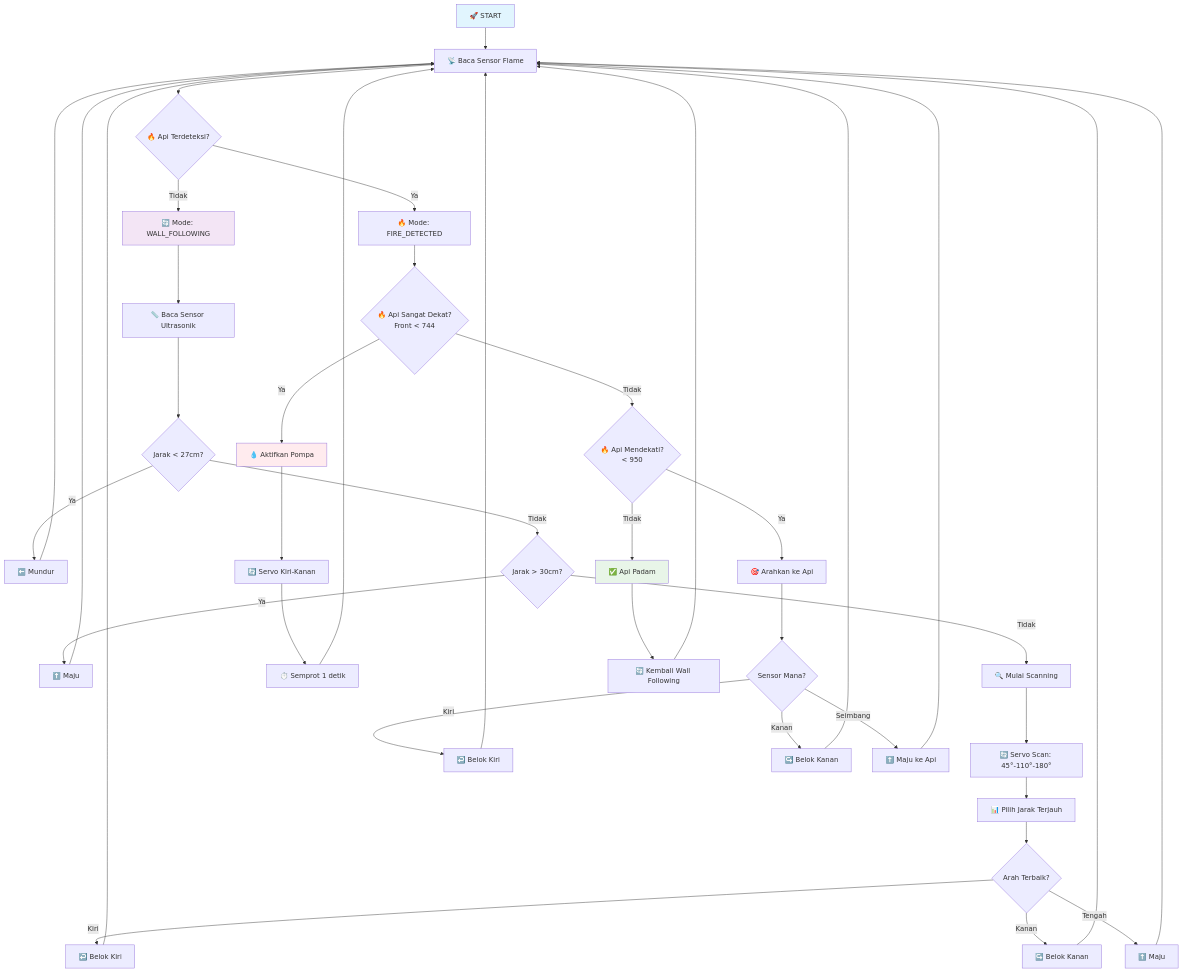
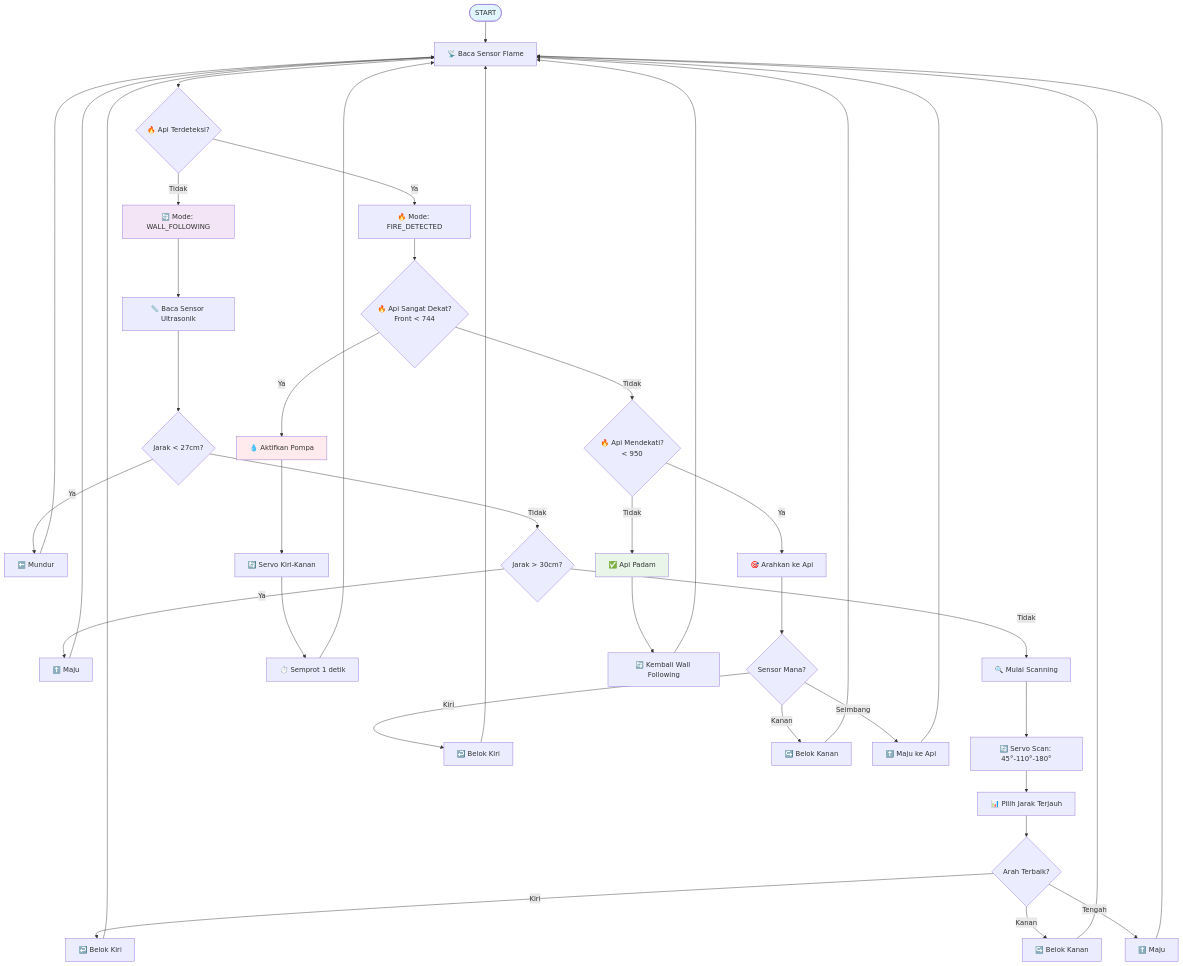
One commit to ficrammanifur/robot-wall-folower changed the diagram in README.md. Above: the diagram before and after it, drawn with Mermaid.

````diff
--- a/README.md
+++ b/README.md
@@ -68,54 +68,57 @@
 ```mermaid
 flowchart TD
-    A[🚀 START] --> B[📡 Baca Sensor Flame]
+    A([START]) --> B[📡 Baca Sensor Flame]
     B --> C{🔥 Api Terdeteksi?}
     
-    C -->|Tidak| D[🔄 Mode: WALL_FOLLOWING]
-    C -->|Ya| E[🔥 Mode: FIRE_DETECTED]
+    C -- Tidak --> D[🔄 Mode: WALL_FOLLOWING]
+    C -- Ya --> E[🔥 Mode: FIRE_DETECTED]
     
+    %% WALL FOLLOWING
     D --> D1[📏 Baca Sensor Ultrasonik]
     D1 --> D2{Jarak < 27cm?}
-    D2 -->|Ya| D3[⬅️ Mundur]
-    D2 -->|Tidak| D4{Jarak > 30cm?}
-    D4 -->|Ya| D5[⬆️ Maju]
-    D4 -->|Tidak| D6[🔍 Mulai Scanning]
+    D2 -- Ya --> D3[⬅️ Mundur]
+    D2 -- Tidak --> D4{Jarak > 30cm?}
+    D4 -- Ya --> D5[⬆️ Maju]
+    D4 -- Tidak --> D6[🔍 Mulai Scanning]
     
     D6 --> D7[🔄 Servo Scan: 45°-110°-180°]
     D7 --> D8[📊 Pilih Jarak Terjauh]
     D8 --> D9{Arah Terbaik?}
-    D9 -->|Kiri| D10[↩️ Belok Kiri]
-    D9 -->|Kanan| D11[↪️ Belok Kanan]
-    D9 -->|Tengah| D12[⬆️ Maju]
+    D9 -- Kiri --> D10[↩️ Belok Kiri]
+    D9 -- Kanan --> D11[↪️ Belok Kanan]
+    D9 -- Tengah --> D12[⬆️ Maju]
     
     D3 --> B
     D5 --> B
     D10 --> B
     D11 --> B
     D12 --> B
     
+    %% FIRE DETECTED
     E --> E1{🔥 Api Sangat Dekat?<br/>Front < 744}
-    E1 -->|Ya| E2[💧 Aktifkan Pompa]
+    E1 -- Ya --> E2[💧 Aktifkan Pompa]
     E2 --> E3[🔄 Servo Kiri-Kanan]
     E3 --> E4[⏱️ Semprot 1 detik]
     E4 --> B
     
-    E1 -->|Tidak| E5{🔥 Api Mendekati?<br/>< 950}
-    E5 -->|Ya| E6[🎯 Arahkan ke Api]
+    E1 -- Tidak --> E5{🔥 Api Mendekati?<br/>< 950}
+    E5 -- Ya --> E6[🎯 Arahkan ke Api]
     E6 --> E7{Sensor Mana?}
-    E7 -->|Kiri| E8[↩️ Belok Kiri]
-    E7 -->|Kanan| E9[↪️ Belok Kanan]
-    E7 -->|Seimbang| E10[⬆️ Maju ke Api]
+    E7 -- Kiri --> E8[↩️ Belok Kiri]
+    E7 -- Kanan --> E9[↪️ Belok Kanan]
+    E7 -- Seimbang --> E10[⬆️ Maju ke Api]
     
     E8 --> B
     E9 --> B
     E10 --> B
     
-    E5 -->|Tidak| E11[✅ Api Padam]
+    E5 -- Tidak --> E11[✅ Api Padam]
     E11 --> E12[🔄 Kembali Wall Following]
     E12 --> B
     
+    %% STYLE
     style A fill:#e1f5fe
     style E2 fill:#ffebee
     style E11 fill:#e8f5e8
     style D fill:#f3e5f5
 ```
````
